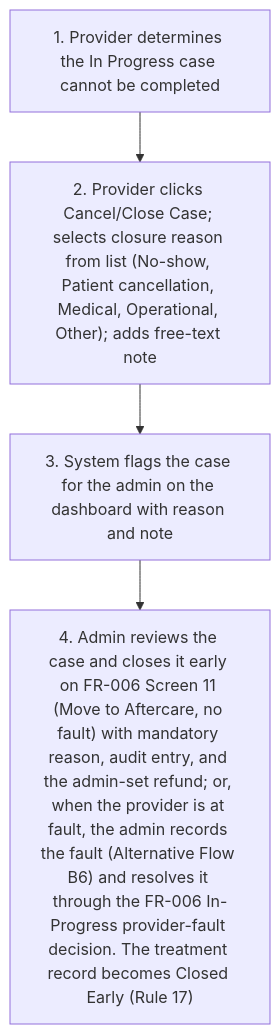
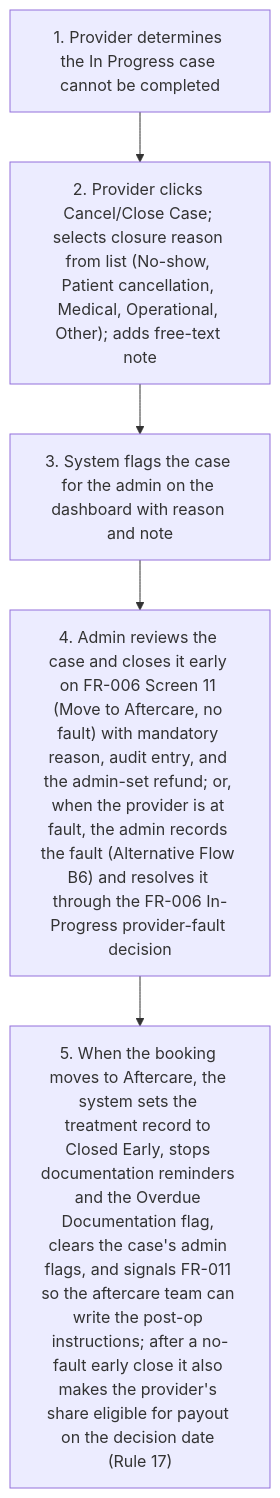
One commit to joachimtrungtuan/hairline-pm-docs changed the eighth of 10 diagrams in project-requirements/functional-requirements/fr010-treatment-execution/prd.md. Above: the diagram before and after it, drawn with Mermaid. The commit also changed other lines of this file and 5 other files, not shown here.

````diff
--- a/project-requirements/functional-requirements/fr010-treatment-execution/prd.md
+++ b/project-requirements/functional-requirements/fr010-treatment-execution/prd.md
@@ -226,7 +226,8 @@
 ```mermaid
 flowchart TD
   B4S1["1. Provider determines the In Progress case cannot be completed"] --> B4S2
   B4S2["2. Provider clicks Cancel/Close Case; selects closure reason from list (No-show, Patient cancellation, Medical, Operational, Other); adds free-text note"] --> B4S3
   B4S3["3. System flags the case for the admin on the dashboard with reason and note"] --> B4S4
-  B4S4["4. Admin reviews the case and closes it early on FR-006 Screen 11 (Move to Aftercare, no fault) with mandatory reason, audit entry, and the admin-set refund; or, when the provider is at fault, the admin records the fault (Alternative Flow B6) and resolves it through the FR-006 In-Progress provider-fault decision. The treatment record becomes Closed Early (Rule 17)"]
+  B4S4["4. Admin reviews the case and closes it early on FR-006 Screen 11 (Move to Aftercare, no fault) with mandatory reason, audit entry, and the admin-set refund; or, when the provider is at fault, the admin records the fault (Alternative Flow B6) and resolves it through the FR-006 In-Progress provider-fault decision"] --> B4S5
+  B4S5["5. When the booking moves to Aftercare, the system sets the treatment record to Closed Early, stops documentation reminders and the Overdue Documentation flag, clears the case's admin flags, and signals FR-011 so the aftercare team can write the post-op instructions; after a no-fault early close it also makes the provider's share eligible for payout on the decision date (Rule 17)"]
 ```
````
